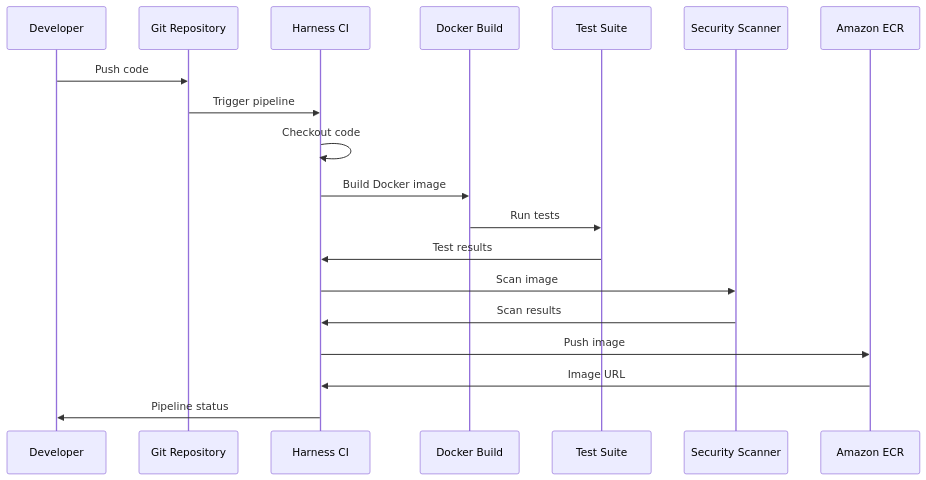
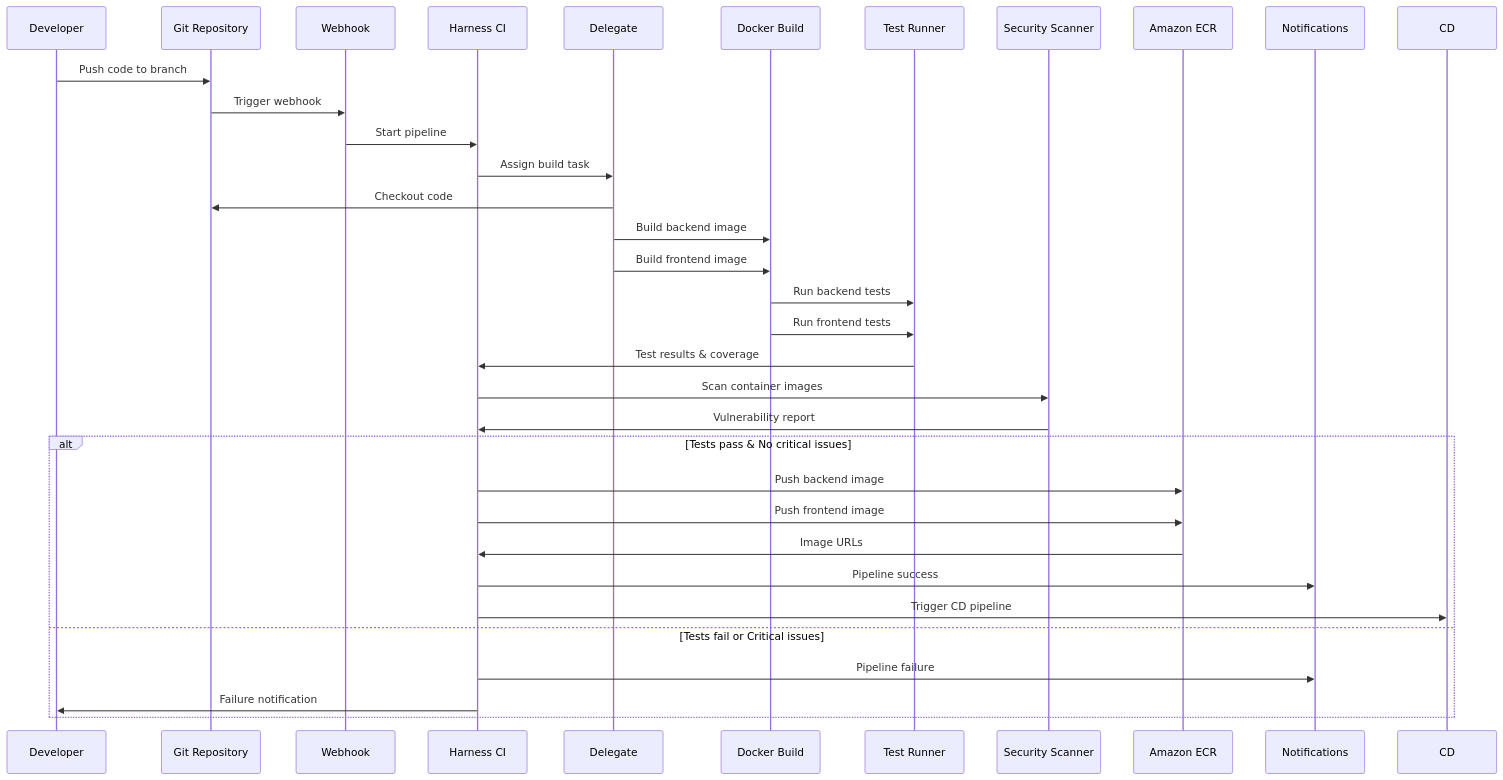
The eighth of 9 diagrams in genAI-labs/harness-devops-workshop/architecture.md (pxkundu/aws-genai-labs-builder), drawn with Mermaid before and after one commit. The commit also changed other lines of this file, not shown here.

Commit message:
Simplify and extend architecture document with detailed diagrams and comprehensive technical specifications

````diff
--- a/genAI-labs/harness-devops-workshop/architecture.md
+++ b/genAI-labs/harness-devops-workshop/architecture.md
@@ -218,22 +617,36 @@
 ```mermaid
 sequenceDiagram
     participant Dev as Developer
     participant Git as Git Repository
-    participant Harness as Harness CI
+    participant Webhook as Webhook
+    participant CI as Harness CI
+    participant Delegate as Delegate
     participant Build as Docker Build
-    participant Test as Test Suite
+    participant Test as Test Runner
     participant Scan as Security Scanner
     participant ECR as Amazon ECR
+    participant Notify as Notifications
     
-    Dev->>Git: Push code
-    Git->>Harness: Trigger pipeline
-    Harness->>Harness: Checkout code
-    Harness->>Build: Build Docker image
-    Build->>Test: Run tests
-    Test->>Harness: Test results
-    Harness->>Scan: Scan image
-    Scan->>Harness: Scan results
-    Harness->>ECR: Push image
-    ECR->>Harness: Image URL
-    Harness->>Dev: Pipeline status
+    Dev->>Git: Push code to branch
+    Git->>Webhook: Trigger webhook
+    Webhook->>CI: Start pipeline
+    CI->>Delegate: Assign build task
+    Delegate->>Git: Checkout code
+    Delegate->>Build: Build backend image
+    Delegate->>Build: Build frontend image
+    Build->>Test: Run backend tests
+    Build->>Test: Run frontend tests
+    Test->>CI: Test results & coverage
+    CI->>Scan: Scan container images
+    Scan->>CI: Vulnerability report
+    alt Tests pass & No critical issues
+        CI->>ECR: Push backend image
+        CI->>ECR: Push frontend image
+        ECR->>CI: Image URLs
+        CI->>Notify: Pipeline success
+        CI->>CD: Trigger CD pipeline
+    else Tests fail or Critical issues
+        CI->>Notify: Pipeline failure
+        CI->>Dev: Failure notification
+    end
 ```
````
